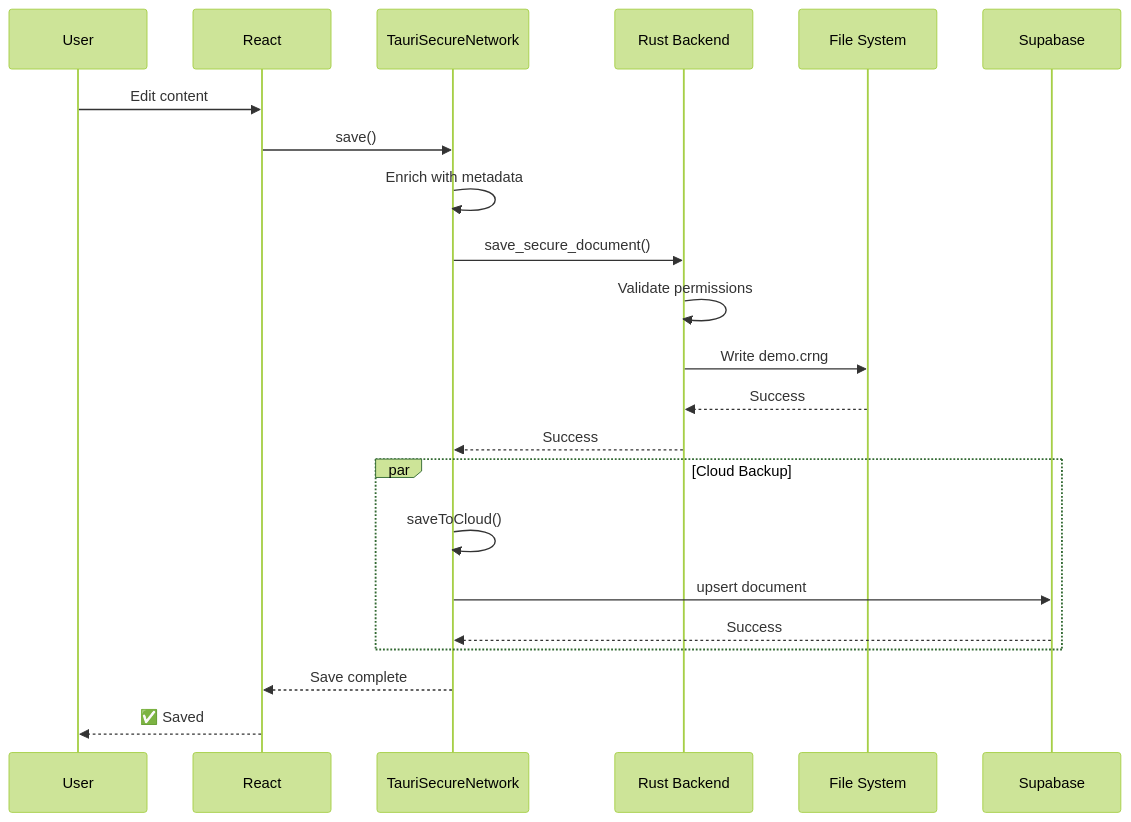
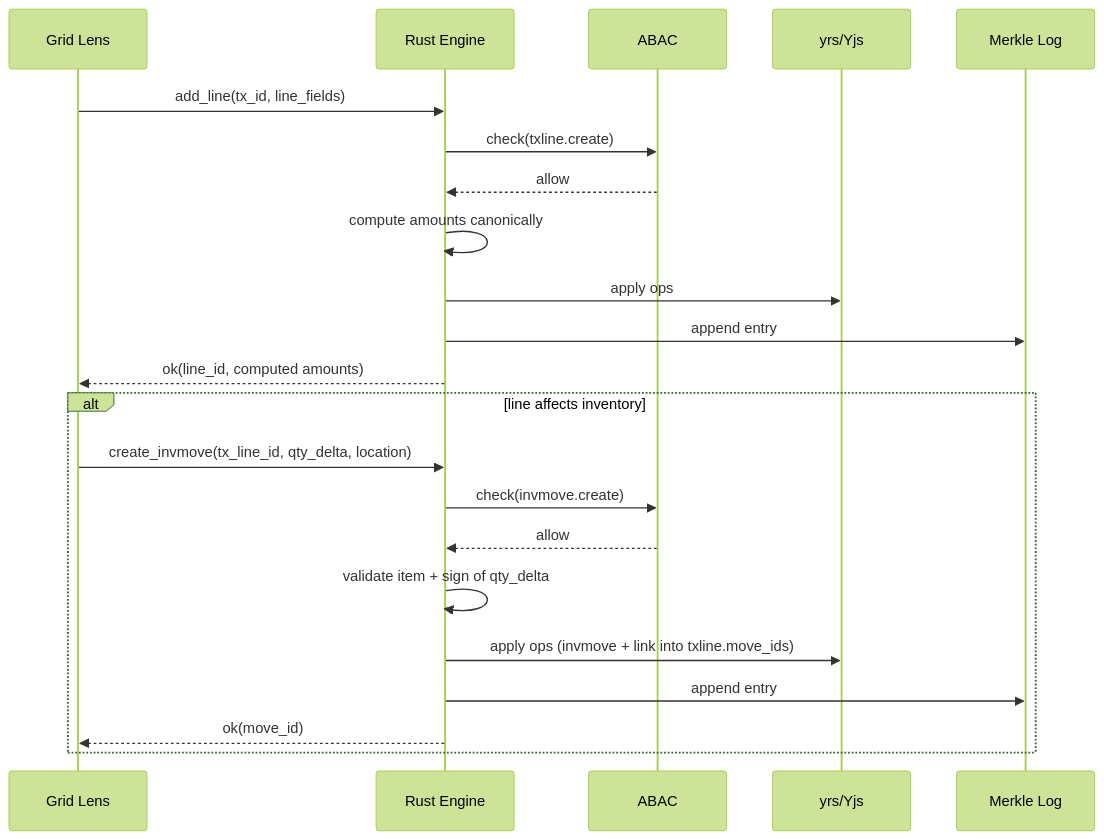
Before and after one commit to kirk-dot-com/corngr: the third of 5 diagrams in ARCHITECTURE.md, drawn with Mermaid (forest theme). The commit also changed other lines of this file and 3 other files, not shown here.

````diff
--- a/ARCHITECTURE.md
+++ b/ARCHITECTURE.md
@@ -133,27 +175,26 @@
 ```mermaid
 sequenceDiagram
-    participant User
-    participant React
-    participant TauriNet as TauriSecureNetwork
-    participant Rust as Rust Backend
-    participant FS as File System
-    participant Cloud as Supabase
-    
-    User->>React: Edit content
-    React->>TauriNet: save()
-    TauriNet->>TauriNet: Enrich with metadata
-    TauriNet->>Rust: save_secure_document()
-    Rust->>Rust: Validate permissions
-    Rust->>FS: Write demo.crng
-    FS-->>Rust: Success
-    Rust-->>TauriNet: Success
-    
-    par Cloud Backup
-        TauriNet->>TauriNet: saveToCloud()
-        TauriNet->>Cloud: upsert document
-        Cloud-->>TauriNet: Success
+    participant React as Grid Lens
+    participant Bridge as Rust Engine
+    participant ABAC as ABAC
+    participant CRDT as yrs/Yjs
+    participant Audit as Merkle Log
+
+    React->>Bridge: add_line(tx_id, line_fields)
+    Bridge->>ABAC: check(txline.create)
+    ABAC-->>Bridge: allow
+    Bridge->>Bridge: compute amounts canonically
+    Bridge->>CRDT: apply ops
+    Bridge->>Audit: append entry
+    Bridge-->>React: ok(line_id, computed amounts)
+
+    alt line affects inventory
+        React->>Bridge: create_invmove(tx_line_id, qty_delta, location)
+        Bridge->>ABAC: check(invmove.create)
+        ABAC-->>Bridge: allow
+        Bridge->>Bridge: validate item + sign of qty_delta
+        Bridge->>CRDT: apply ops (invmove + link into txline.move_ids)
+        Bridge->>Audit: append entry
+        Bridge-->>React: ok(move_id)
     end
-    
-    TauriNet-->>React: Save complete
-    React-->>User: ✅ Saved
 ```
````
